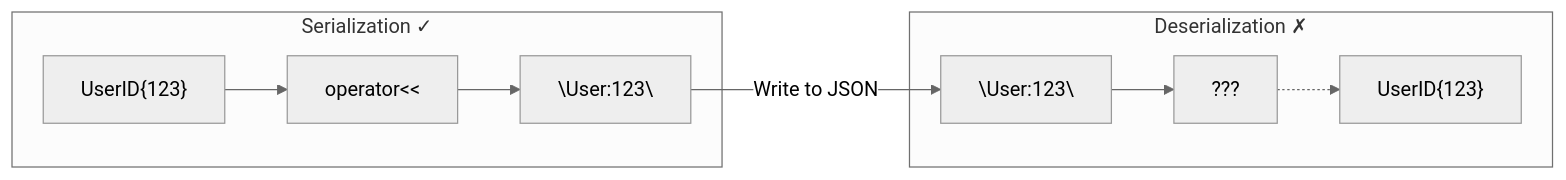
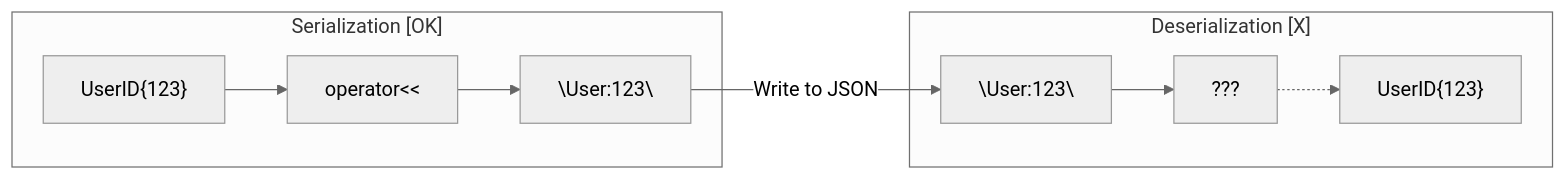
One commit to schroedermatthew/FatP changed the fourth of 4 diagrams in Documentation/IN WORK/Serialization/JsonLite_User_Manual.md. Above: the diagram before and after it, drawn with Mermaid (neutral theme). The commit also changed other lines of this file and 32 other files, not shown here.

````diff
--- a/Documentation/IN WORK/Serialization/JsonLite_User_Manual.md
+++ b/Documentation/IN WORK/Serialization/JsonLite_User_Manual.md
@@ -3461,12 +3461,12 @@
 ```mermaid
 flowchart LR
-    subgraph Serialize["Serialization ✓"]
+    subgraph Serialize["Serialization [OK]"]
         S1["UserID{123}"] --> S2["operator<<"] --> S3["\"User:123\""]
     end
     
-    subgraph Deserialize["Deserialization ✗"]
+    subgraph Deserialize["Deserialization [X]"]
         D1["\"User:123\""] --> D2["???"] -.-> D3["UserID{123}"]
     end
     
     S3 -->|"Write to JSON"| D1
 ```
````
